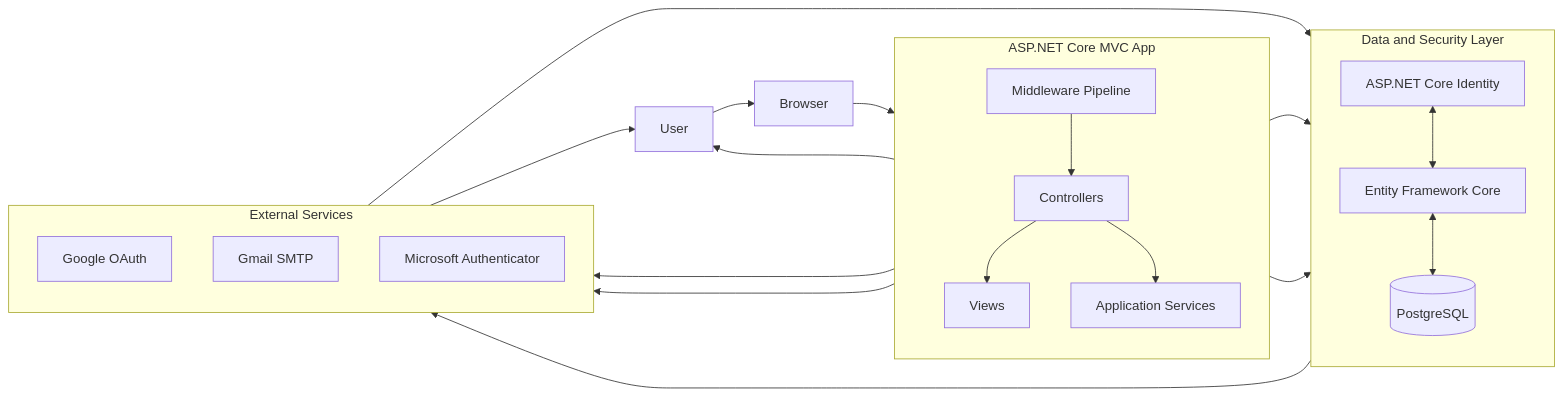
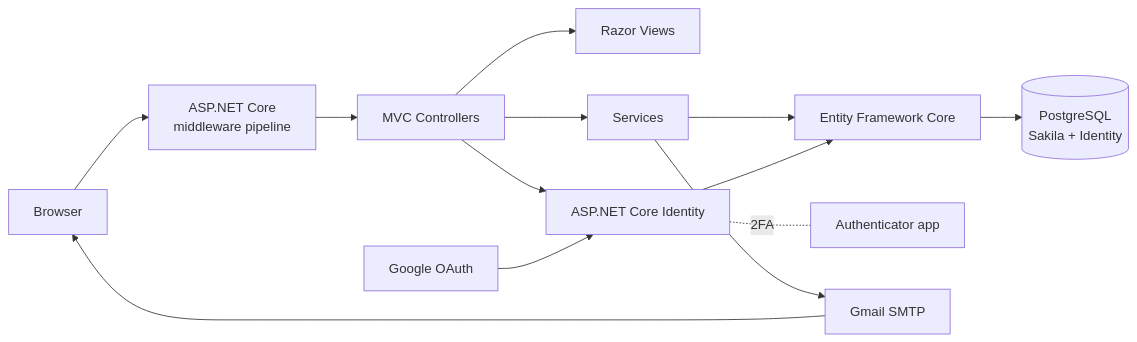
One commit to EMLarco/SakilaApp changed the diagram in README.md. Above: the diagram before and after it, drawn with Mermaid. The commit also changed other lines of this file, not shown here.

````diff
--- a/README.md
+++ b/README.md
@@ -17,45 +39,14 @@
 ```mermaid
 flowchart LR
-    U[User]
-    B[Browser]
-
-    subgraph W[ASP.NET Core MVC App]
-        direction TB
-        M[Middleware Pipeline]
-        C[Controllers]
-        V[Views]
-        S[Application Services]
-    end
-
-    subgraph D[Data and Security Layer]
-        direction TB
-        EF[Entity Framework Core]
-        ID[ASP.NET Core Identity]
-        DB[(PostgreSQL)]
-    end
-
-    subgraph X[External Services]
-        direction TB
-        GO[Google OAuth]
-        SMTP[Gmail SMTP]
-        MFA[Microsoft Authenticator]
-    end
-
-    U --> B --> M --> C
-    C --> V
-    C --> S
-    V --> U
-
-    S --> EF
-    EF <--> DB
-
-    C --> ID
-    ID <--> EF
-    ID --> MFA
-
-    C --> GO
-    GO --> ID
-
-    S --> SMTP
-    SMTP --> U
+    U[Browser] --> M[ASP.NET Core<br/>middleware pipeline]
+    M --> C[MVC Controllers]
+    C --> V[Razor Views]
+    C --> S[Services]
+    C --> I[ASP.NET Core Identity]
+    S --> EF[Entity Framework Core]
+    I --> EF
+    EF --> DB[(PostgreSQL<br/>Sakila + Identity)]
+    G[Google OAuth] --> I
+    I -. 2FA .- A[Authenticator app]
+    S --> E[Gmail SMTP] --> U
 ```
````
